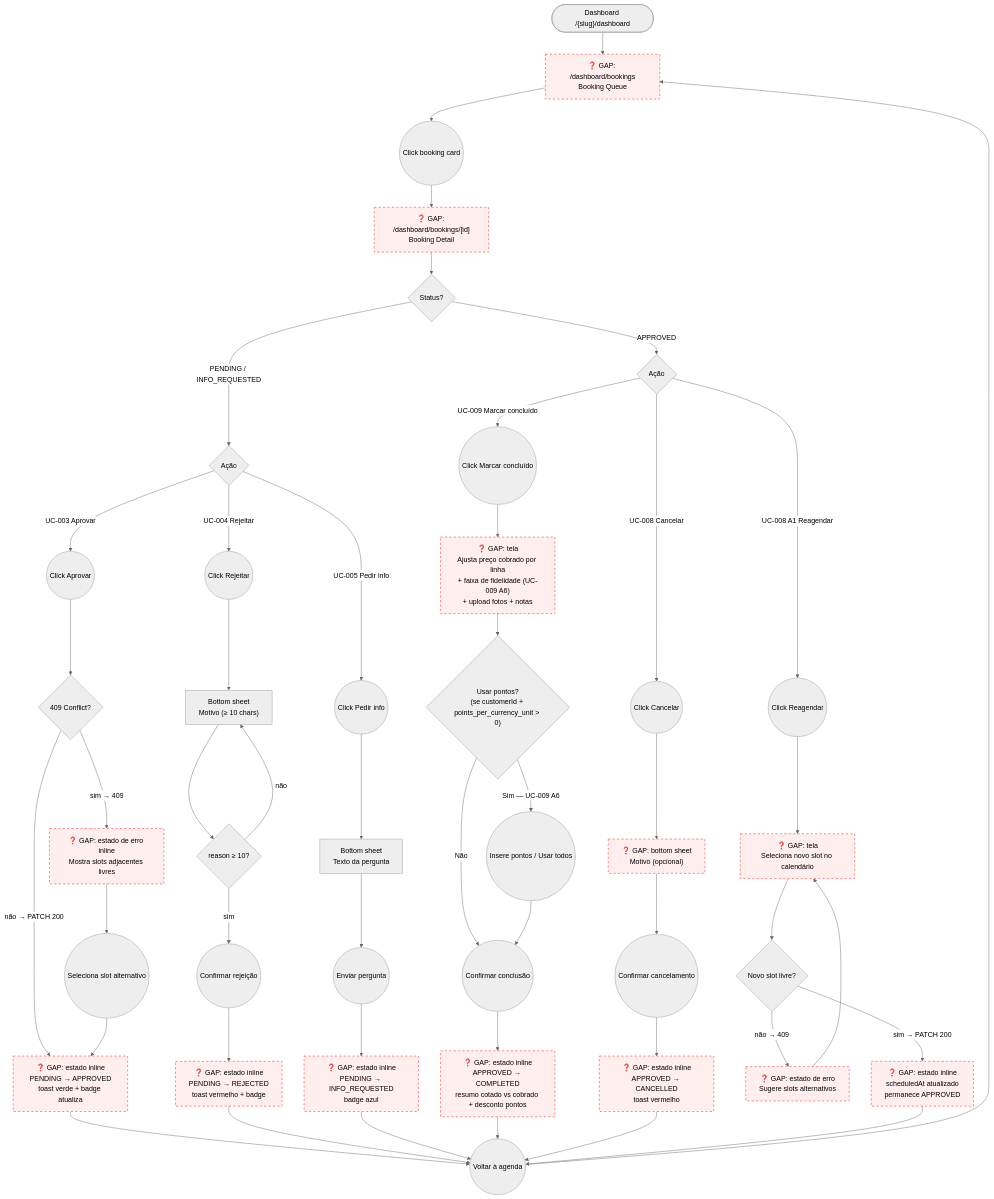
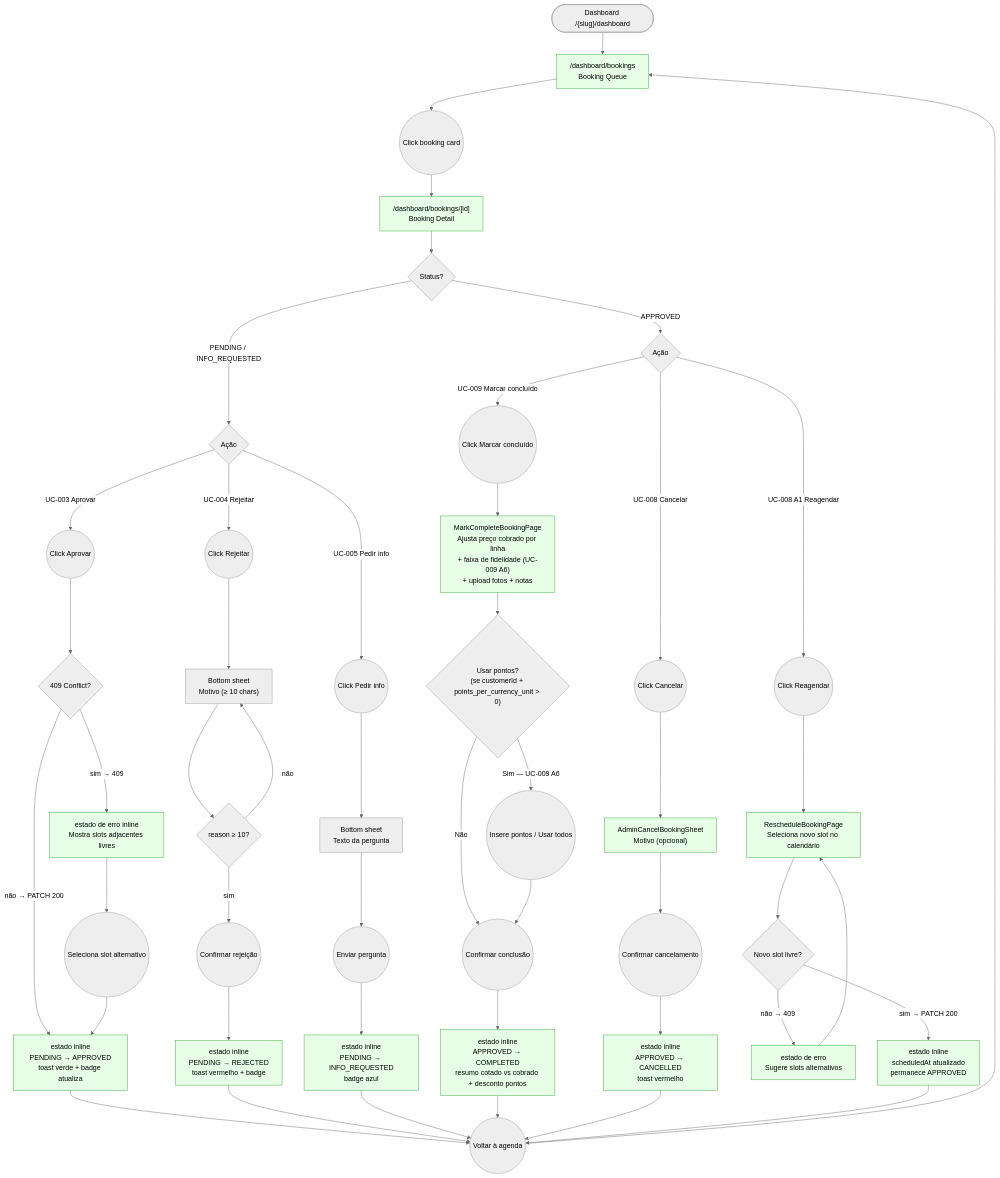
The diagram in plan/journey/staff/agenda.md (lmmoreira/ikaro), drawn with Mermaid (neutral theme) before and after one commit. The commit also changed other lines of this file and 160 other files, not shown here.

````diff
--- a/plan/journey/staff/agenda.md
+++ b/plan/journey/staff/agenda.md
@@ -14,66 +14,66 @@
 ```mermaid
 flowchart TD
     classDef existing fill:#e6ffe6,stroke:#3a3
     classDef gap stroke:#f00,stroke-dasharray: 5 5,fill:#fee
 
-    Start(["Dashboard /{slug}/dashboard"]) --> Queue["❓ GAP: /dashboard/bookings<br/>Booking Queue"]
+    Start(["Dashboard /{slug}/dashboard"]) --> Queue["/dashboard/bookings<br/>Booking Queue"]
     Queue --> CardClick(("Click booking card"))
-    CardClick --> Detail["❓ GAP: /dashboard/bookings/[id]<br/>Booking Detail"]
+    CardClick --> Detail["/dashboard/bookings/[id]<br/>Booking Detail"]
 
     Detail --> StatusBranch{"Status?"}
 
     StatusBranch -->|"PENDING / INFO_REQUESTED"| ActionChoice{"Ação"}
 
     ActionChoice -->|"UC-003 Aprovar"| ApproveBtn(("Click Aprovar"))
     ApproveBtn --> SlotCheck{"409 Conflict?"}
-    SlotCheck -- "não → PATCH 200" --> ApproveSuccess["❓ GAP: estado inline<br/>PENDING → APPROVED<br/>toast verde + badge atualiza"]
-    SlotCheck -- "sim → 409" --> SlotConflict["❓ GAP: estado de erro inline<br/>Mostra slots adjacentes livres"]
+    SlotCheck -- "não → PATCH 200" --> ApproveSuccess["estado inline<br/>PENDING → APPROVED<br/>toast verde + badge atualiza"]
+    SlotCheck -- "sim → 409" --> SlotConflict["estado de erro inline<br/>Mostra slots adjacentes livres"]
     SlotConflict --> AltSlot(("Seleciona slot alternativo"))
     AltSlot --> ApproveSuccess
 
     ActionChoice -->|"UC-004 Rejeitar"| RejectBtn(("Click Rejeitar"))
     RejectBtn --> RejectSheet["Bottom sheet<br/>Motivo (≥ 10 chars)"]
     RejectSheet --> RejectValid{"reason ≥ 10?"}
     RejectValid -- não --> RejectSheet
     RejectValid -- sim --> RejectSubmit(("Confirmar rejeição"))
-    RejectSubmit --> RejectSuccess["❓ GAP: estado inline<br/>PENDING → REJECTED<br/>toast vermelho + badge"]
+    RejectSubmit --> RejectSuccess["estado inline<br/>PENDING → REJECTED<br/>toast vermelho + badge"]
 
     ActionChoice -->|"UC-005 Pedir info"| InfoBtn(("Click Pedir info"))
     InfoBtn --> InfoSheet["Bottom sheet<br/>Texto da pergunta"]
     InfoSheet --> InfoSubmit(("Enviar pergunta"))
-    InfoSubmit --> InfoSuccess["❓ GAP: estado inline<br/>PENDING → INFO_REQUESTED<br/>badge azul"]
+    InfoSubmit --> InfoSuccess["estado inline<br/>PENDING → INFO_REQUESTED<br/>badge azul"]
 
     ApproveSuccess --> Back(("Voltar à agenda"))
     RejectSuccess --> Back
     InfoSuccess --> Back
 
     StatusBranch -->|"APPROVED"| ApprovedActionChoice{"Ação"}
 
     ApprovedActionChoice -->|"UC-009 Marcar concluído"| CompleteBtn(("Click Marcar concluído"))
-    CompleteBtn --> CompleteSheet["❓ GAP: tela<br/>Ajusta preço cobrado por linha<br/>+ faixa de fidelidade (UC-009 A6)<br/>+ upload fotos + notas"]
+    CompleteBtn --> CompleteSheet["MarkCompleteBookingPage<br/>Ajusta preço cobrado por linha<br/>+ faixa de fidelidade (UC-009 A6)<br/>+ upload fotos + notas"]
     CompleteSheet --> LoyaltyChoice{"Usar pontos?<br/>(se customerId + points_per_currency_unit > 0)"}
     LoyaltyChoice -->|"Não"| CompleteSubmit(("Confirmar conclusão"))
     LoyaltyChoice -->|"Sim — UC-009 A6"| PointsInput(("Insere pontos / Usar todos"))
     PointsInput --> CompleteSubmit
-    CompleteSubmit --> CompleteSuccess["❓ GAP: estado inline<br/>APPROVED → COMPLETED<br/>resumo cotado vs cobrado + desconto pontos"]
+    CompleteSubmit --> CompleteSuccess["estado inline<br/>APPROVED → COMPLETED<br/>resumo cotado vs cobrado + desconto pontos"]
 
     ApprovedActionChoice -->|"UC-008 Cancelar"| AdminCancelBtn(("Click Cancelar"))
-    AdminCancelBtn --> AdminCancelSheet["❓ GAP: bottom sheet<br/>Motivo (opcional)"]
+    AdminCancelBtn --> AdminCancelSheet["AdminCancelBookingSheet<br/>Motivo (opcional)"]
     AdminCancelSheet --> AdminCancelSubmit(("Confirmar cancelamento"))
-    AdminCancelSubmit --> AdminCancelSuccess["❓ GAP: estado inline<br/>APPROVED → CANCELLED<br/>toast vermelho"]
+    AdminCancelSubmit --> AdminCancelSuccess["estado inline<br/>APPROVED → CANCELLED<br/>toast vermelho"]
 
     ApprovedActionChoice -->|"UC-008 A1 Reagendar"| RescheduleBtn(("Click Reagendar"))
-    RescheduleBtn --> RescheduleCalendar["❓ GAP: tela<br/>Seleciona novo slot no calendário"]
+    RescheduleBtn --> RescheduleCalendar["RescheduleBookingPage<br/>Seleciona novo slot no calendário"]
     RescheduleCalendar --> RescheduleSlotCheck{"Novo slot livre?"}
-    RescheduleSlotCheck -- "não → 409" --> RescheduleConflict["❓ GAP: estado de erro<br/>Sugere slots alternativos"]
+    RescheduleSlotCheck -- "não → 409" --> RescheduleConflict["estado de erro<br/>Sugere slots alternativos"]
     RescheduleConflict --> RescheduleCalendar
-    RescheduleSlotCheck -- "sim → PATCH 200" --> RescheduleSuccess["❓ GAP: estado inline<br/>scheduledAt atualizado<br/>permanece APPROVED"]
+    RescheduleSlotCheck -- "sim → PATCH 200" --> RescheduleSuccess["estado inline<br/>scheduledAt atualizado<br/>permanece APPROVED"]
 
     CompleteSuccess --> Back
     AdminCancelSuccess --> Back
     RescheduleSuccess --> Back
 
     Back --> Queue
 
-    class Queue,Detail,SlotConflict,ApproveSuccess,RejectSuccess,InfoSuccess,CompleteSheet,CompleteSuccess,AdminCancelSheet,AdminCancelSuccess,RescheduleCalendar,RescheduleConflict,RescheduleSuccess gap
+    class Queue,Detail,SlotConflict,ApproveSuccess,RejectSuccess,InfoSuccess,CompleteSheet,CompleteSuccess,AdminCancelSheet,AdminCancelSuccess,RescheduleCalendar,RescheduleConflict,RescheduleSuccess existing
 ```
````
